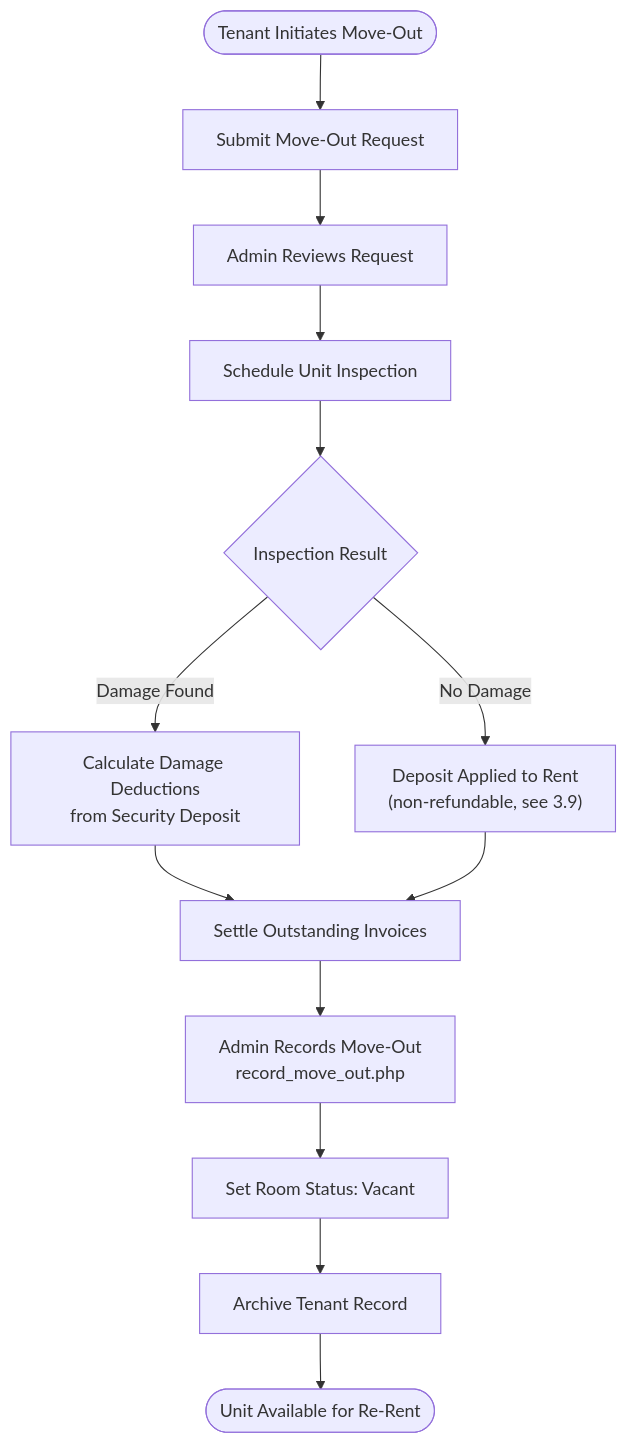
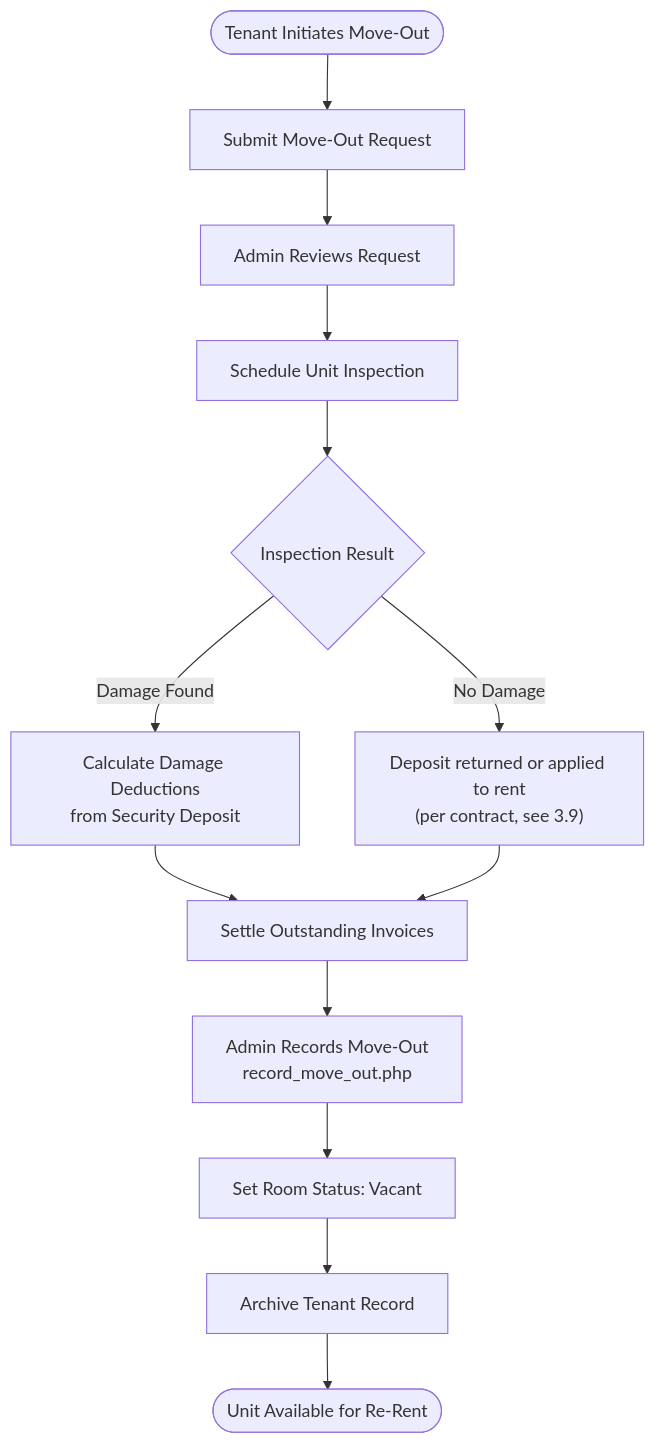
One commit to Keonbe/ApartmentManagementSystem_React changed the third of 11 diagrams in docs/features/panelist_feature_checklist.md. Above: the diagram before and after it, drawn with Mermaid. The commit also changed other lines of this file and 58 other files, not shown here.

````diff
--- a/docs/features/panelist_feature_checklist.md
+++ b/docs/features/panelist_feature_checklist.md
@@ -155,15 +155,15 @@
 ```mermaid
 flowchart TD
     A(["Tenant Initiates Move-Out"]) --> B["Submit Move-Out Request"]
     B --> C["Admin Reviews Request"]
     C --> D["Schedule Unit Inspection"]
     D --> E{"Inspection Result"}
     E -->|Damage Found| F["Calculate Damage Deductions<br/>from Security Deposit"]
-    E -->|No Damage| G["Deposit Applied to Rent<br/>(non-refundable, see 3.9)"]
+    E -->|No Damage| G["Deposit returned or applied to rent<br/>(per contract, see 3.9)"]
     F --> H["Settle Outstanding Invoices"]
     G --> H
     H --> I["Admin Records Move-Out<br/>record_move_out.php"]
     I --> J["Set Room Status: Vacant"]
     J --> K["Archive Tenant Record"]
     K --> L(["Unit Available for Re-Rent"])
 ```
````
